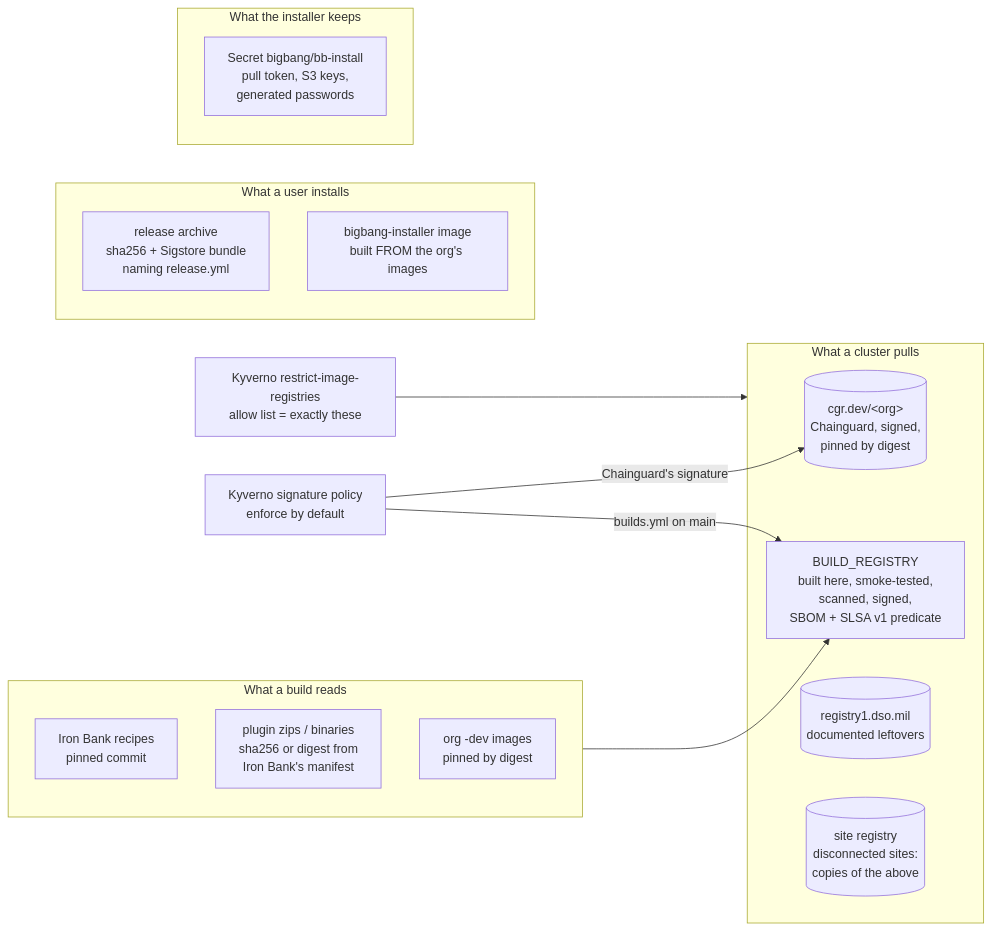
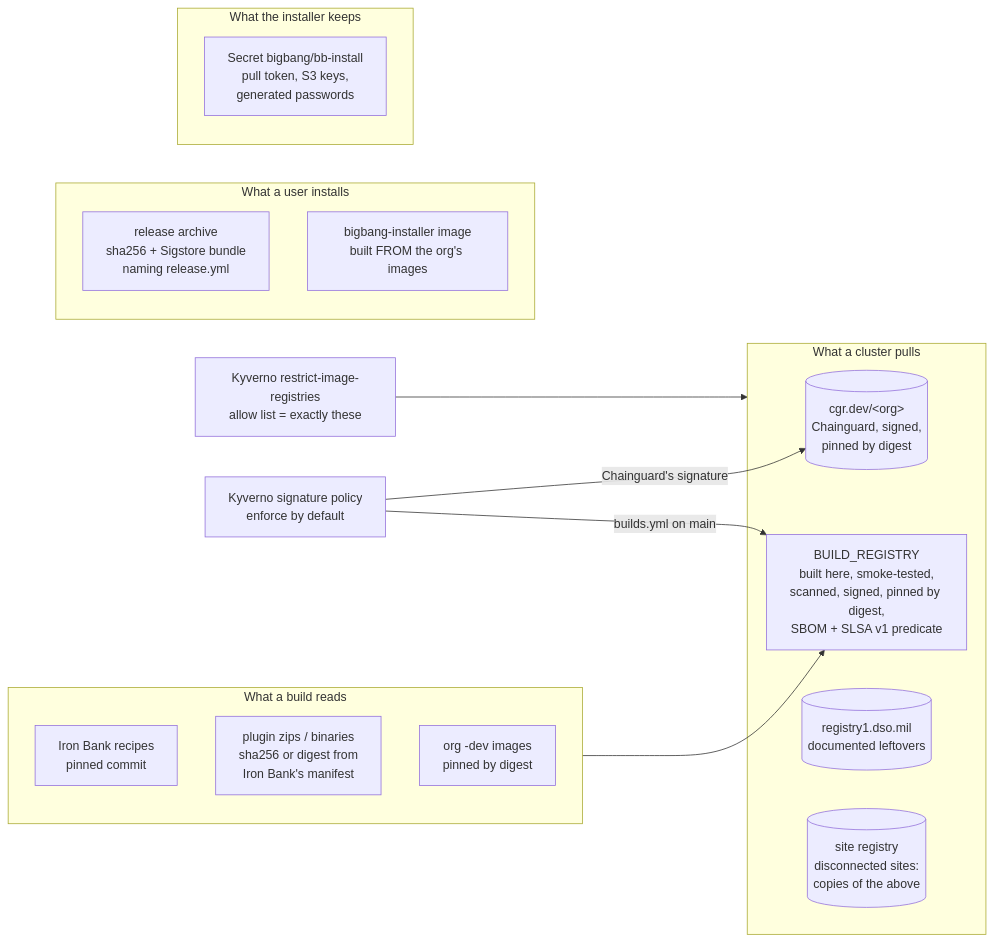
One commit to Zapata-Technology/bigbang-chainguard changed the eighth of 9 diagrams in docs/architecture.md. Above: the diagram before and after it, drawn with Mermaid. The commit also changed other lines of this file and 10 other files, not shown here.

````diff
--- a/docs/architecture.md
+++ b/docs/architecture.md
@@ -311,26 +317,26 @@
 ```mermaid
 flowchart LR
     subgraph trusted[What a cluster pulls]
         CG[(cgr.dev/&lt;org&gt;<br/>Chainguard, signed,<br/>pinned by digest)]
-        BR["BUILD_REGISTRY<br/>built here, smoke-tested,<br/>scanned, signed,<br/>SBOM + SLSA v1 predicate"]
+        BR["BUILD_REGISTRY<br/>built here, smoke-tested,<br/>scanned, signed, pinned by digest,<br/>SBOM + SLSA v1 predicate"]
         IBR[(registry1.dso.mil<br/>documented leftovers)]
         SR[(site registry<br/>disconnected sites:<br/>copies of the above)]
     end
     K[Kyverno restrict-image-registries<br/>allow list = exactly these] --> trusted
     S[Kyverno signature policy<br/>enforce by default]
     S --"Chainguard's signature" --> CG
     S -- "builds.yml on main" --> BR
     subgraph build[What a build reads]
         IBRec[Iron Bank recipes<br/>pinned commit]
         Z[plugin zips / binaries<br/>sha256 or digest from<br/>Iron Bank's manifest]
         CGd[org -dev images<br/>pinned by digest]
     end
     build --> BR
     subgraph user[What a user installs]
         REL[release archive<br/>sha256 + Sigstore bundle<br/>naming release.yml]
         INS[bigbang-installer image<br/>built FROM the org's images]
     end
     subgraph state[What the installer keeps]
         SEC[Secret bigbang/bb-install<br/>pull token, S3 keys,<br/>generated passwords]
     end
 ```
````
